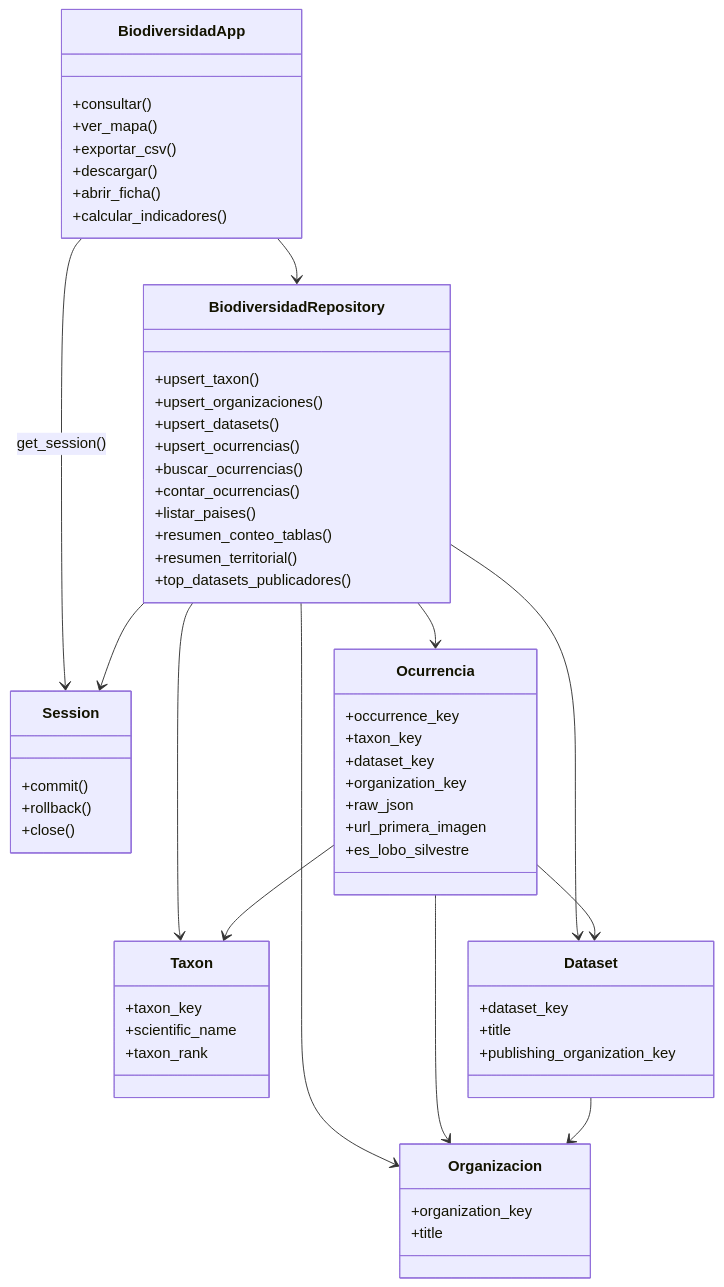
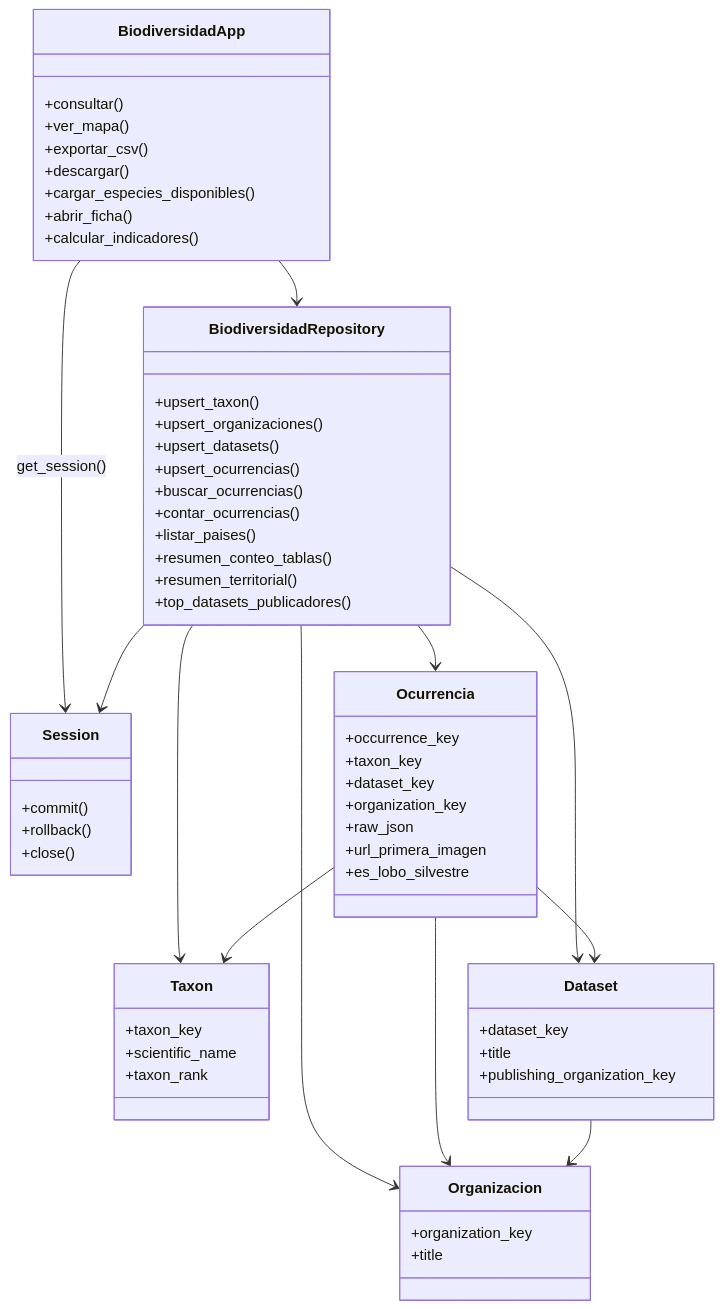
The fourth of 10 diagrams in docs/UML.md (gracobjo/biodiversidad), drawn with Mermaid before and after one commit. The commit also changed 10 other files, not shown here.

````diff
--- a/docs/UML.md
+++ b/docs/UML.md
@@ -169,63 +169,64 @@
 ```mermaid
 classDiagram
   class BiodiversidadApp {
     +consultar()
     +ver_mapa()
     +exportar_csv()
     +descargar()
+    +cargar_especies_disponibles()
     +abrir_ficha()
     +calcular_indicadores()
   }
   class Session {
     +commit()
     +rollback()
     +close()
   }
   class BiodiversidadRepository {
     +upsert_taxon()
     +upsert_organizaciones()
     +upsert_datasets()
     +upsert_ocurrencias()
     +buscar_ocurrencias()
     +contar_ocurrencias()
     +listar_paises()
     +resumen_conteo_tablas()
     +resumen_territorial()
     +top_datasets_publicadores()
   }
   class Taxon {
     +taxon_key
     +scientific_name
     +taxon_rank
   }
   class Organizacion {
     +organization_key
     +title
   }
   class Dataset {
     +dataset_key
     +title
     +publishing_organization_key
   }
   class Ocurrencia {
     +occurrence_key
     +taxon_key
     +dataset_key
     +organization_key
     +raw_json
     +url_primera_imagen
     +es_lobo_silvestre
   }
 
   BiodiversidadApp --> Session : get_session()
   BiodiversidadApp --> BiodiversidadRepository
   BiodiversidadRepository --> Session
   BiodiversidadRepository --> Taxon
   BiodiversidadRepository --> Organizacion
   BiodiversidadRepository --> Dataset
   BiodiversidadRepository --> Ocurrencia
   Ocurrencia --> Taxon
   Ocurrencia --> Dataset
   Ocurrencia --> Organizacion
   Dataset --> Organizacion
 ```
````
